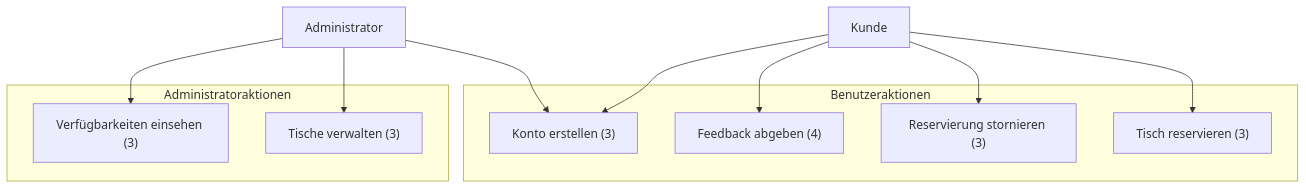
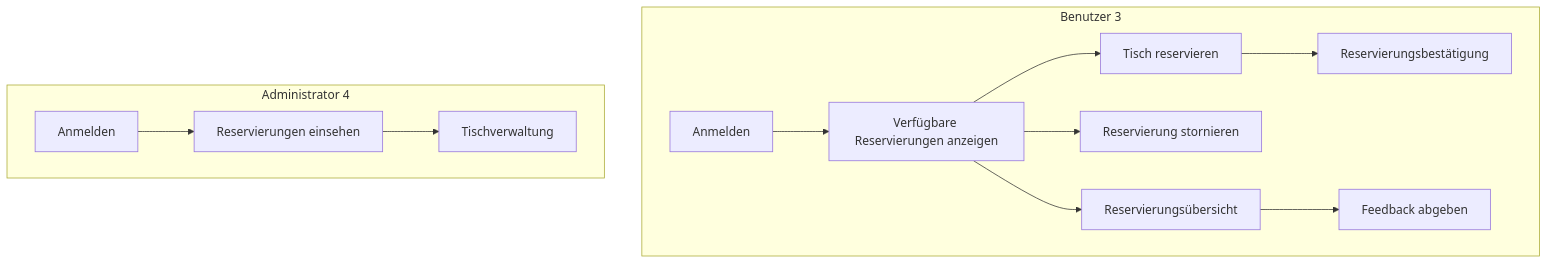
Before and after one commit to AlinaBoess/SoftwareEngineeringProjektTINF23B5: the first of 7 diagrams in documentation/SoftwareRequirementDocumentation.md, drawn with Mermaid. The commit also changed other lines of this file, not shown here.

````diff
--- a/documentation/SoftwareRequirementDocumentation.md
+++ b/documentation/SoftwareRequirementDocumentation.md
@@ -120,23 +120,16 @@
 ```mermaid
 graph TD
-  subgraph "Benutzeraktionen"
-    UC1["Tisch reservieren (3)"]
-    UC2["Reservierung stornieren (3)"]
-    UC3["Feedback abgeben (4)"]
-    UC4["Konto erstellen (3)"]
-  end
+    subgraph Benutzer 3
+        A[Anmelden] --> B[Verfügbare Reservierungen anzeigen]
+        B --> C[Tisch reservieren]
+        C --> D[Reservierungsbestätigung]
+        B --> E[Reservierung stornieren]
+        B --> F[Reservierungsübersicht]
+        F --> G[Feedback abgeben]
+    end
 
-  subgraph "Administratoraktionen"
-    UC5["Tische verwalten (3)"]
-    UC6["Verfügbarkeiten einsehen (3)"]
-  end
-
-  Kunde["Kunde"] --> UC1
-  Kunde --> UC2
-  Kunde --> UC3
-  Kunde --> UC4
-
-  Admin["Administrator"] --> UC4
-  Admin --> UC5
-  Admin --> UC6
+    subgraph Administrator 4
+        H[Anmelden] --> I[Reservierungen einsehen]
+        I --> J[Tischverwaltung]
+    end
 ```
````
